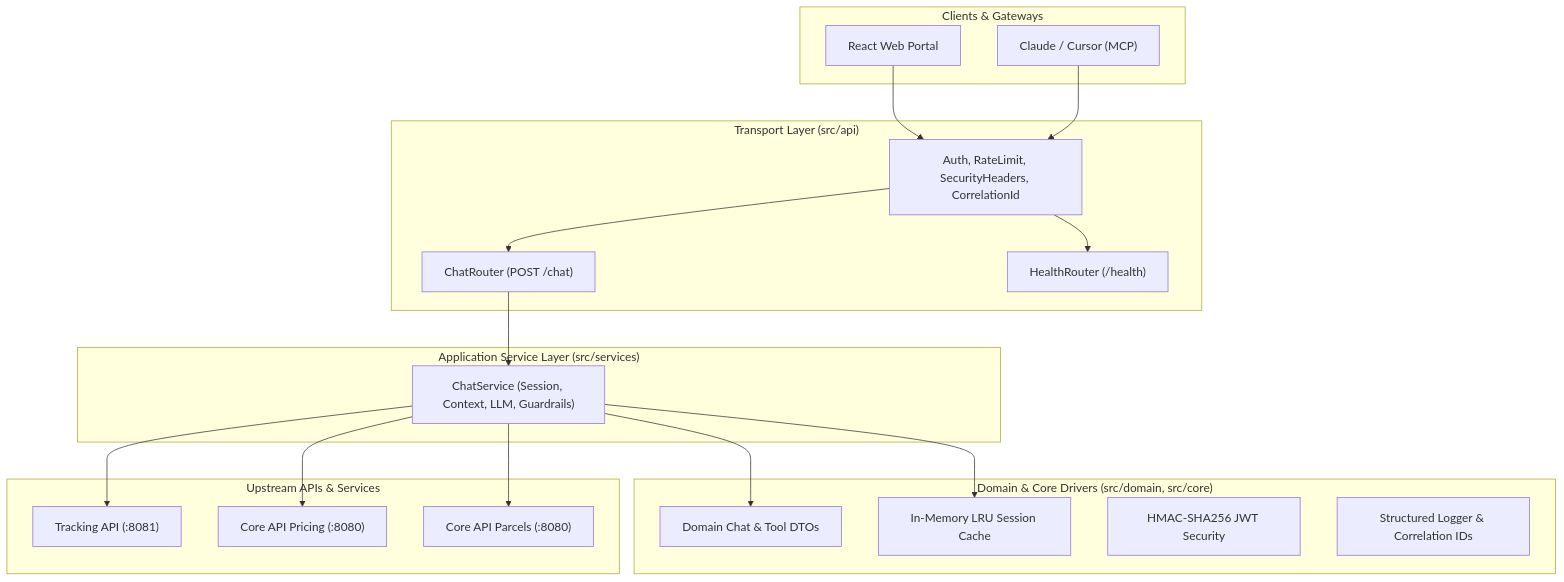
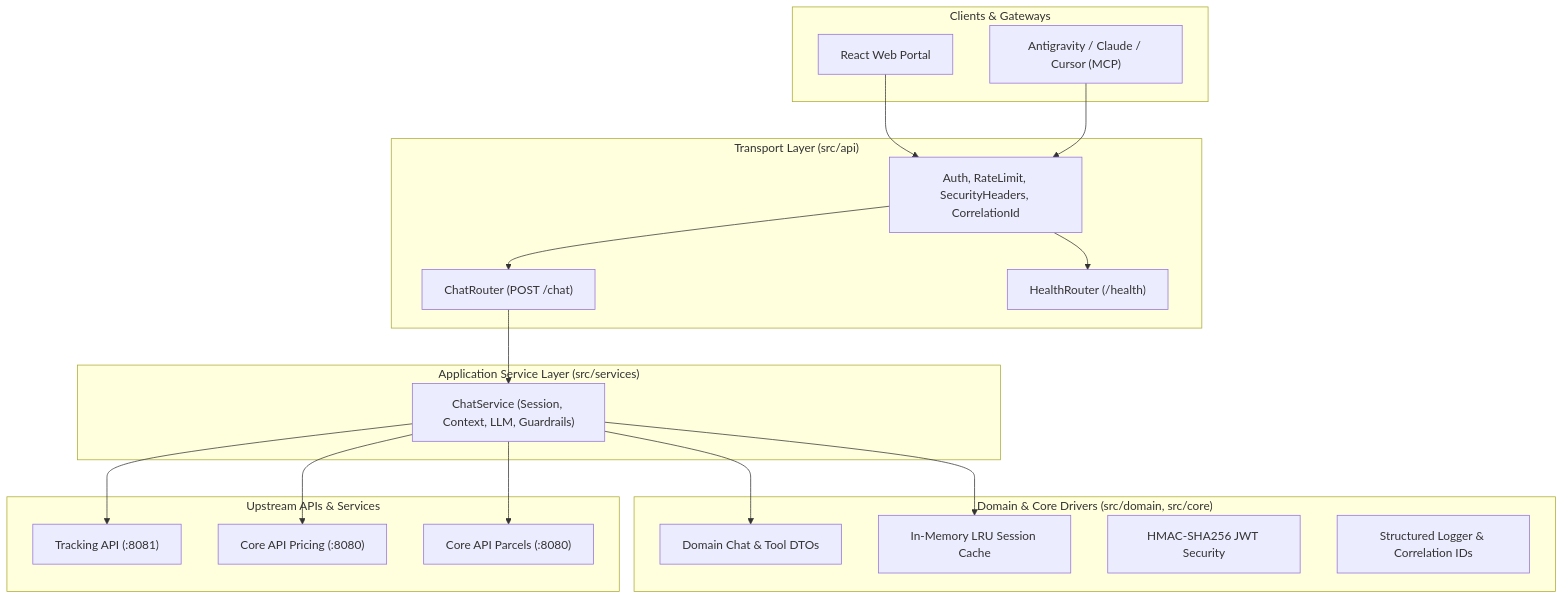
The diagram in services/ai-assistant/README.md (phantomTroupeEAD/SwiftDrop), drawn with Mermaid before and after one commit. The commit also changed other lines of this file and 5 other files, not shown here.

````diff
--- a/services/ai-assistant/README.md
+++ b/services/ai-assistant/README.md
@@ -43,41 +43,41 @@
 ```mermaid
 flowchart TD
     subgraph Clients["Clients & Gateways"]
         Portal["React Web Portal"]
-        Cursor["Claude / Cursor (MCP)"]
+        Cursor["Antigravity / Claude / Cursor (MCP)"]
     end
 
     subgraph TransportLayer["Transport Layer (src/api)"]
         ChatRouter["ChatRouter (POST /chat)"]
         HealthRouter["HealthRouter (/health)"]
         Middlewares["Auth, RateLimit, SecurityHeaders, CorrelationId"]
     end
 
     subgraph ServiceLayer["Application Service Layer (src/services)"]
         ChatService["ChatService (Session, Context, LLM, Guardrails)"]
     end
 
     subgraph DomainCore["Domain & Core Drivers (src/domain, src/core)"]
         DomainModels["Domain Chat & Tool DTOs"]
         SessionCache["In-Memory LRU Session Cache"]
         Security["HMAC-SHA256 JWT Security"]
         Logging["Structured Logger & Correlation IDs"]
     end
 
     subgraph UpstreamIntegrations["Upstream APIs & Services"]
         TrackingAPI["Tracking API (:8081)"]
         CorePricing["Core API Pricing (:8080)"]
         CoreParcels["Core API Parcels (:8080)"]
     end
 
     Portal --> Middlewares
     Cursor --> Middlewares
     Middlewares --> ChatRouter
     Middlewares --> HealthRouter
     ChatRouter --> ChatService
     ChatService --> DomainModels
     ChatService --> SessionCache
     ChatService --> TrackingAPI
     ChatService --> CorePricing
     ChatService --> CoreParcels
 ```
````
